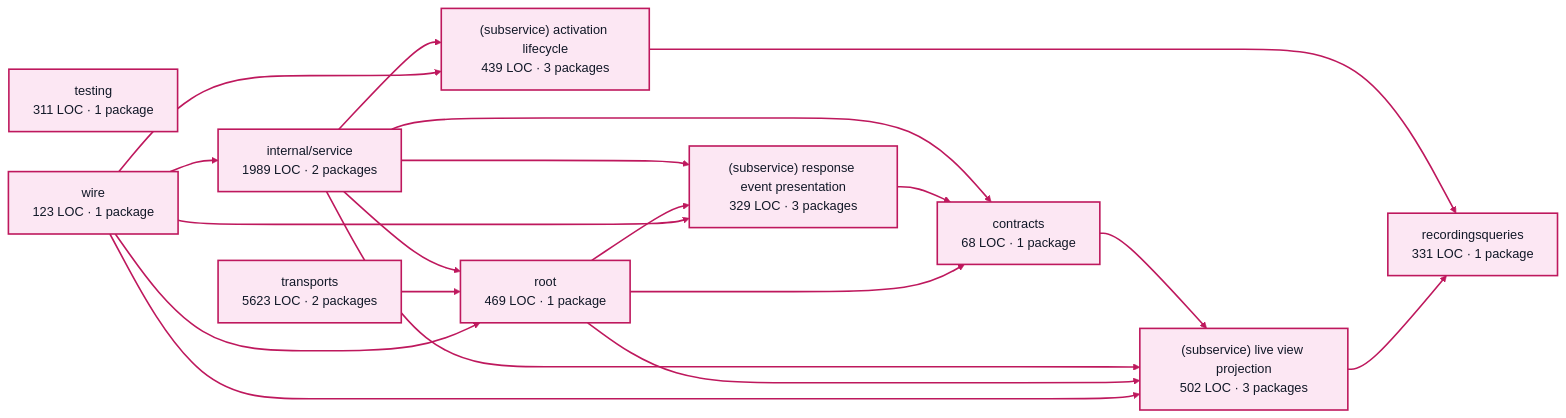
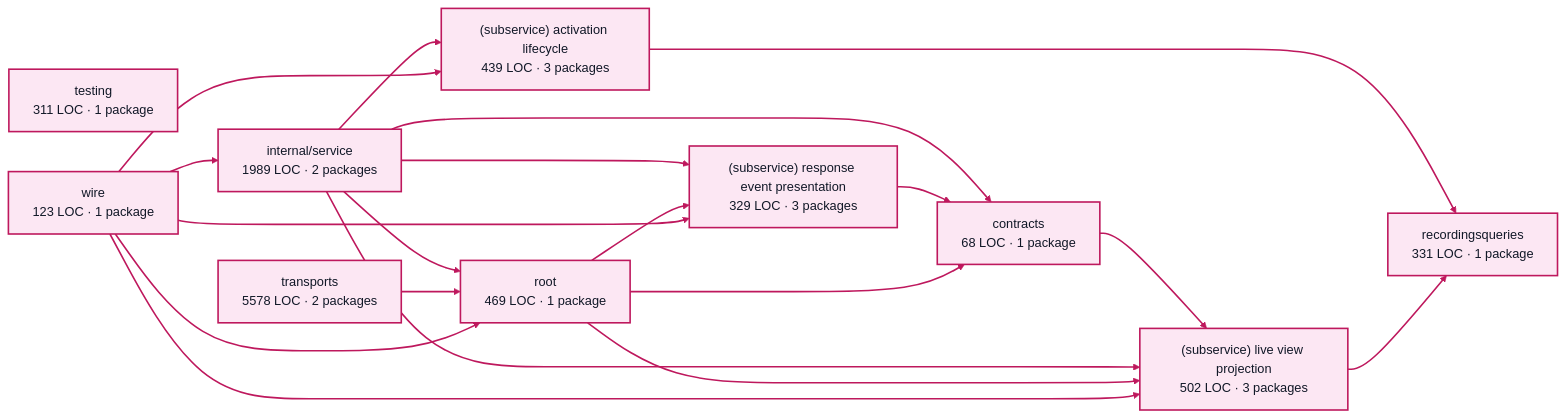
The diagram in docs/architecture/visualizations/services/factory_visualization.md (portpowered/you-agent-factory), drawn with Mermaid before and after one commit. The commit also changed other lines of this file and 21 other files, not shown here.

Commit message:
docs: refresh backend architecture visualizations

````diff
--- a/docs/architecture/visualizations/services/factory_visualization.md
+++ b/docs/architecture/visualizations/services/factory_visualization.md
@@ -11,42 +11,42 @@
 ```mermaid
 flowchart LR
   p0["contracts<br/>68 LOC · 1 package"]
   p1["recordingsqueries<br/>331 LOC · 1 package"]
   p2["internal/service<br/>1989 LOC · 2 packages"]
   p3["(subservice) activation lifecycle<br/>439 LOC · 3 packages"]
   p4["(subservice) live view projection<br/>502 LOC · 3 packages"]
   p5["(subservice) response event presentation<br/>329 LOC · 3 packages"]
   p6["testing<br/>311 LOC · 1 package"]
   p7["root<br/>469 LOC · 1 package"]
-  p8["transports<br/>5623 LOC · 2 packages"]
+  p8["transports<br/>5578 LOC · 2 packages"]
   p9["wire<br/>123 LOC · 1 package"]
   p0 --> p4
   p2 --> p0
   p2 --> p3
   p2 --> p4
   p2 --> p5
   p2 --> p7
   p3 --> p1
   p4 --> p1
   p5 --> p0
   p7 --> p0
   p7 --> p4
   p7 --> p5
   p8 --> p7
   p9 --> p2
   p9 --> p3
   p9 --> p4
   p9 --> p5
   p9 --> p7
   style p0 fill:#fce7f3,stroke:#be185d,stroke-width:2px,color:#111827
   style p1 fill:#fce7f3,stroke:#be185d,stroke-width:2px,color:#111827
   style p2 fill:#fce7f3,stroke:#be185d,stroke-width:2px,color:#111827
   style p3 fill:#fce7f3,stroke:#be185d,stroke-width:2px,color:#111827
   style p4 fill:#fce7f3,stroke:#be185d,stroke-width:2px,color:#111827
   style p5 fill:#fce7f3,stroke:#be185d,stroke-width:2px,color:#111827
   style p6 fill:#fce7f3,stroke:#be185d,stroke-width:2px,color:#111827
   style p7 fill:#fce7f3,stroke:#be185d,stroke-width:2px,color:#111827
   style p8 fill:#fce7f3,stroke:#be185d,stroke-width:2px,color:#111827
   style p9 fill:#fce7f3,stroke:#be185d,stroke-width:2px,color:#111827
   linkStyle default stroke:#be185d,stroke-width:2px
 ```
````
